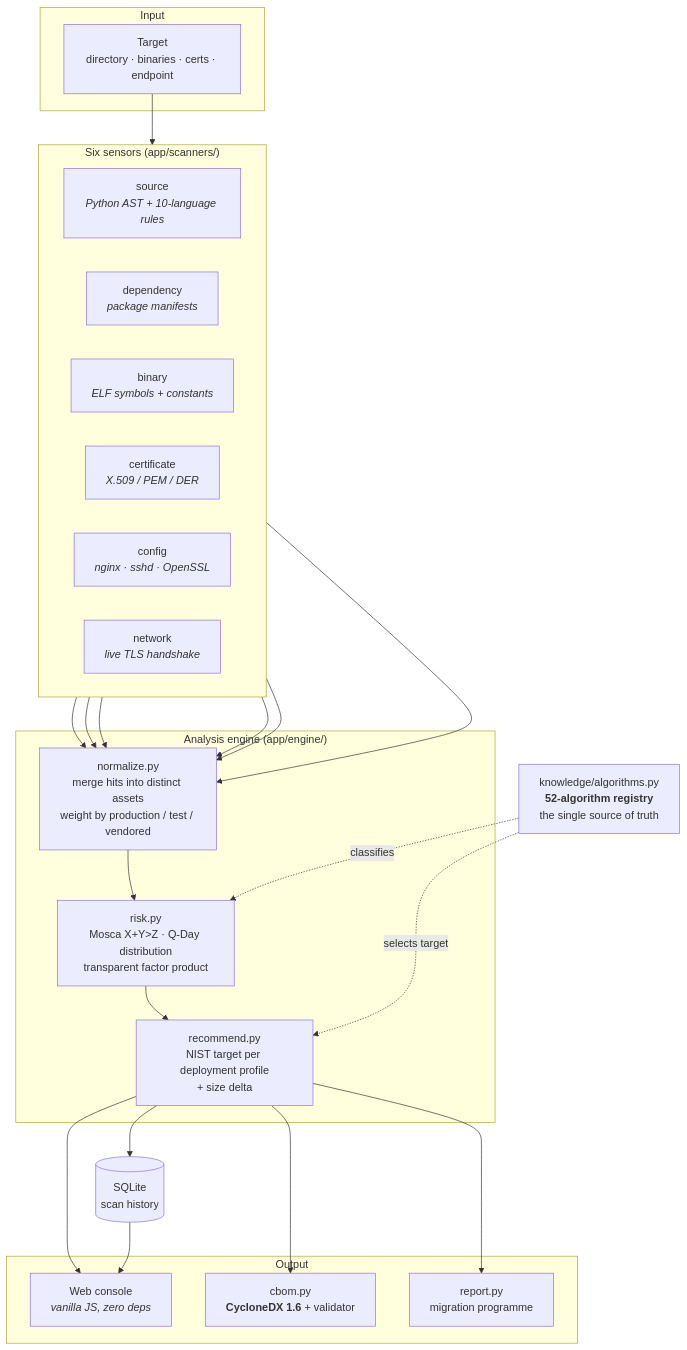
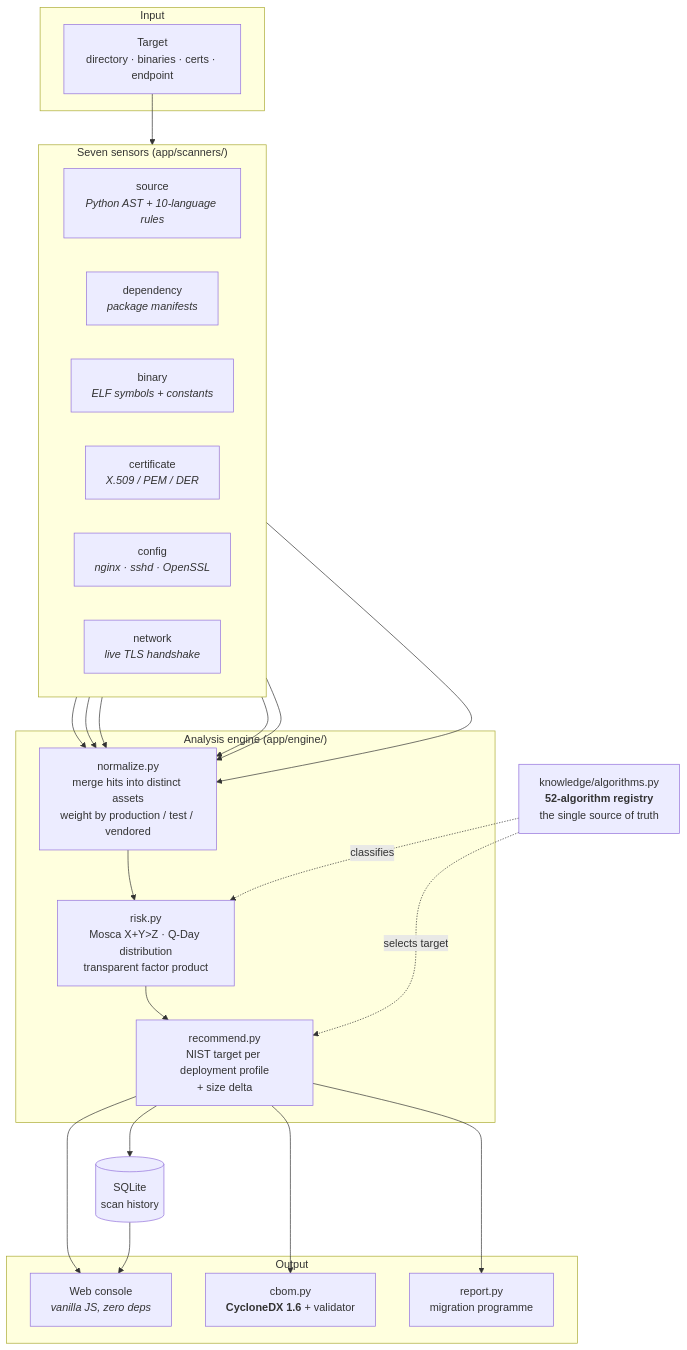
The diagram in README.md (sgtsujith141-wq/cryptodrishti), drawn with Mermaid before and after one commit. The commit also changed other lines of this file and 20 other files, not shown here.

````diff
--- a/README.md
+++ b/README.md
@@ -67,41 +68,41 @@
 ```mermaid
 flowchart TB
     subgraph Input
         T["Target<br/>directory · binaries · certs · endpoint"]
     end
 
-    subgraph Sensors["Six sensors (app/scanners/)"]
+    subgraph Sensors["Seven sensors (app/scanners/)"]
         direction LR
         S1["source<br/><i>Python AST + 10-language rules</i>"]
         S2["dependency<br/><i>package manifests</i>"]
         S3["binary<br/><i>ELF symbols + constants</i>"]
         S4["certificate<br/><i>X.509 / PEM / DER</i>"]
         S5["config<br/><i>nginx · sshd · OpenSSL</i>"]
         S6["network<br/><i>live TLS handshake</i>"]
     end
 
     subgraph Engine["Analysis engine (app/engine/)"]
         N["normalize.py<br/>merge hits into distinct assets<br/>weight by production / test / vendored"]
         R["risk.py<br/>Mosca X+Y&gt;Z · Q-Day distribution<br/>transparent factor product"]
         C["recommend.py<br/>NIST target per deployment profile<br/>+ size delta"]
     end
 
     K["knowledge/algorithms.py<br/><b>52-algorithm registry</b><br/>the single source of truth"]
 
     subgraph Output
         W["Web console<br/><i>vanilla JS, zero deps</i>"]
         B["cbom.py<br/><b>CycloneDX 1.6</b> + validator"]
         P["report.py<br/>migration programme"]
     end
 
     DB[("SQLite<br/>scan history")]
 
     T --> Sensors
     S1 & S2 & S3 & S4 & S5 & S6 --> N
     N --> R --> C
     K -.classifies.-> R
     K -.selects target.-> C
     C --> W & B & P
     C --> DB
     DB --> W
 ```
````
